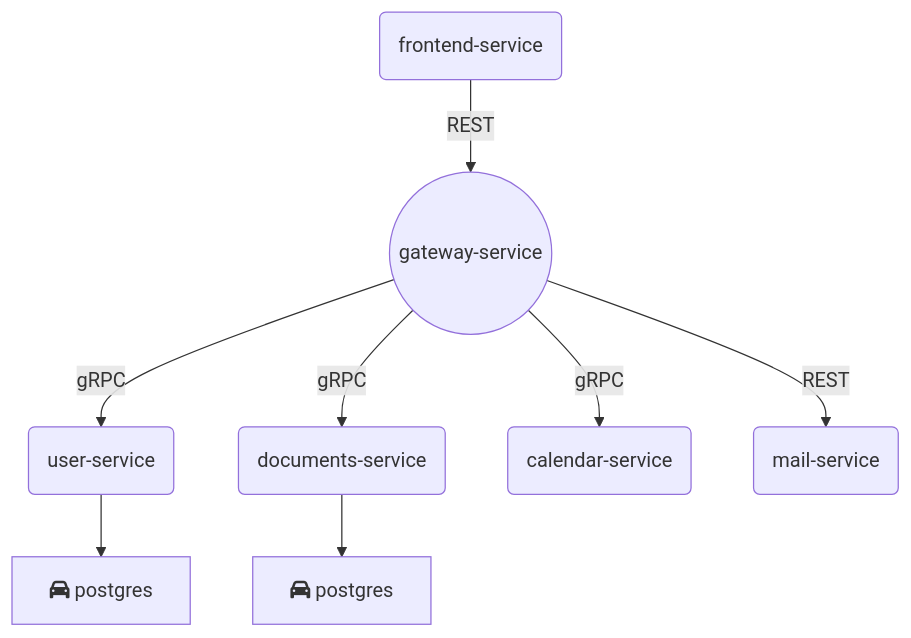
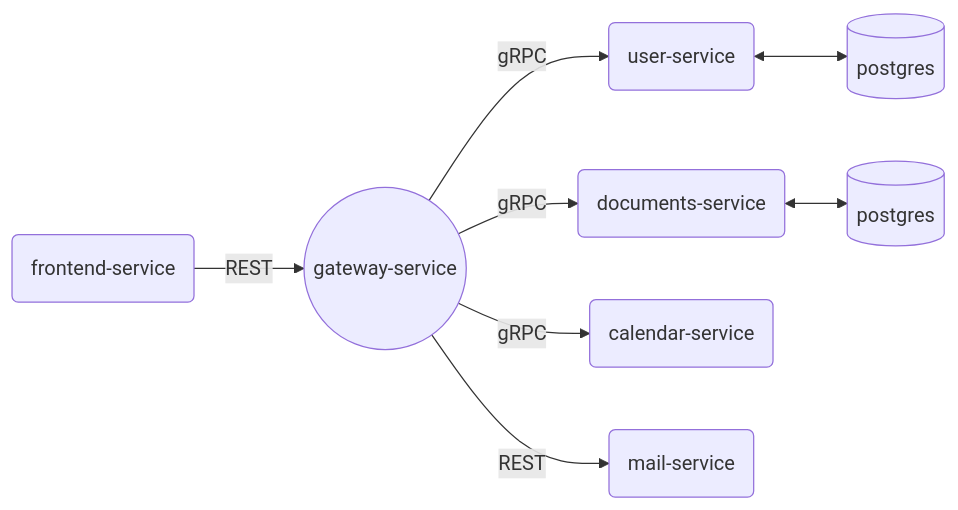
The diagram in README.md (samgozman/validity.red), drawn with Mermaid before and after one commit.

Commit message:
Update diagram

````diff
--- a/README.md
+++ b/README.md
@@ -5,8 +5,8 @@
 ```mermaid
-graph TD
-    A(frontend-service) -->|REST| B((gateway-service))
-    B -->|gRPC| C(user-service) --> F[fa:fa-car postgres]
-    B -->|gRPC| D(documents-service) --> G[fa:fa-car postgres]
+graph LR
+    A(frontend-service) --> |REST| B((gateway-service))
+    B -->|gRPC| C(user-service) <--> F[(postgres)]
+    B -->|gRPC| D(documents-service) <--> G[(postgres)]
     B -->|gRPC| E(calendar-service)
     B -->|REST| H(mail-service)
 ```
````
